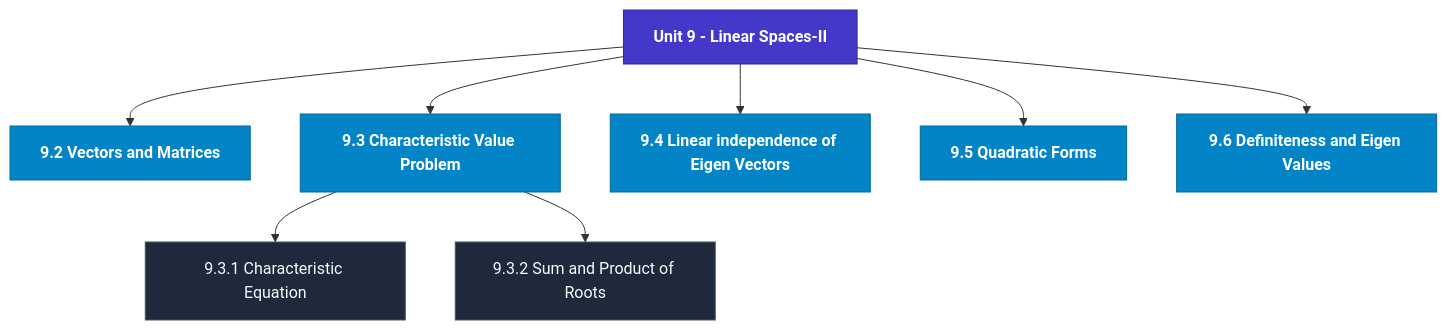
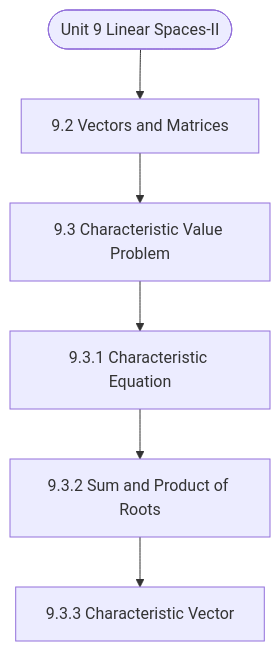
The diagram in notes/Semester_1/MCS-061_Mathematical_Foundations_-_I/unit_09_Linear_Spaces-II.md (Asutosh-Coaching/mscdsa), drawn with Mermaid before and after one commit. The commit also changed other lines of this file and 115 other files, not shown here.

Commit message:
Fix Mermaid layout for mobile, isolate LaTeX delimiters, and add GitHub Pages reader

````diff
--- a/notes/Semester_1/MCS-061_Mathematical_Foundations_-_I/unit_09_Linear_Spaces-II.md
+++ b/notes/Semester_1/MCS-061_Mathematical_Foundations_-_I/unit_09_Linear_Spaces-II.md
@@ -19,23 +19,14 @@
 ```mermaid
 flowchart TD
-  %% Styling Definitions
-  classDef head fill:#4338ca,stroke:#312e81,color:#ffffff,font-weight:bold;
-  classDef topic fill:#0284c7,stroke:#0369a1,color:#ffffff,font-weight:600;
-  classDef sub fill:#1e293b,stroke:#475569,color:#f8fafc;
-
-  Root["Unit 9 - Linear Spaces-II"]:::head
-  M1["9.2 Vectors and Matrices"]:::topic
-  Root --> M1
-  M2["9.3 Characteristic Value Problem"]:::topic
-  Root --> M2
-  M2_1["9.3.1 Characteristic Equation"]:::sub
-  M2 --> M2_1
-  M2_2["9.3.2 Sum and Product of Roots"]:::sub
-  M2 --> M2_2
-  M3["9.4 Linear independence of Eigen Vectors"]:::topic
-  Root --> M3
-  M4["9.5 Quadratic Forms"]:::topic
-  Root --> M4
-  M5["9.6 Definiteness and Eigen Values"]:::topic
-  Root --> M5
+  Start(["Unit 9 Linear Spaces-II"])
+  N1["9.2 Vectors and Matrices"]
+  N2["9.3 Characteristic Value Problem"]
+  N3["9.3.1 Characteristic Equation"]
+  N4["9.3.2 Sum and Product of Roots"]
+  N5["9.3.3 Characteristic Vector"]
+  Start --> N1
+  N1 --> N2
+  N2 --> N3
+  N3 --> N4
+  N4 --> N5
 ```
````
